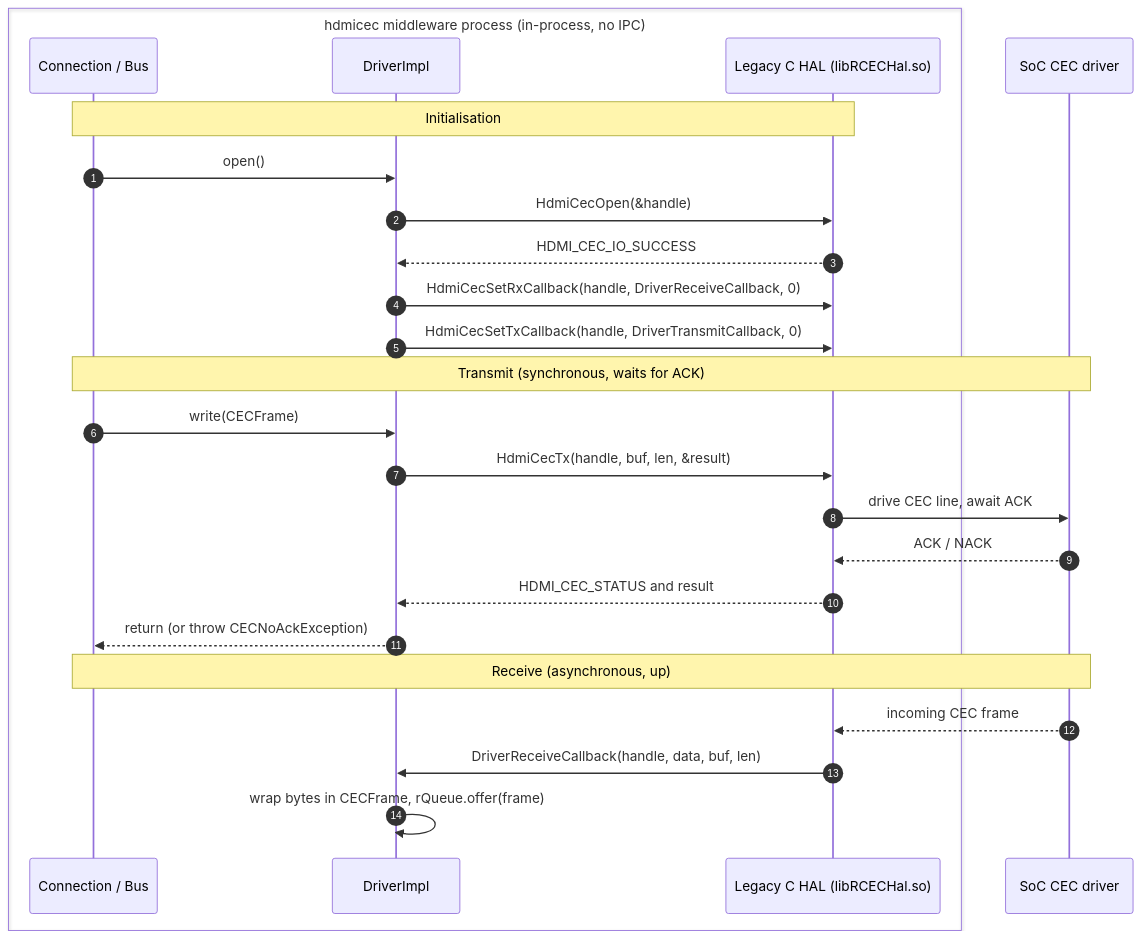
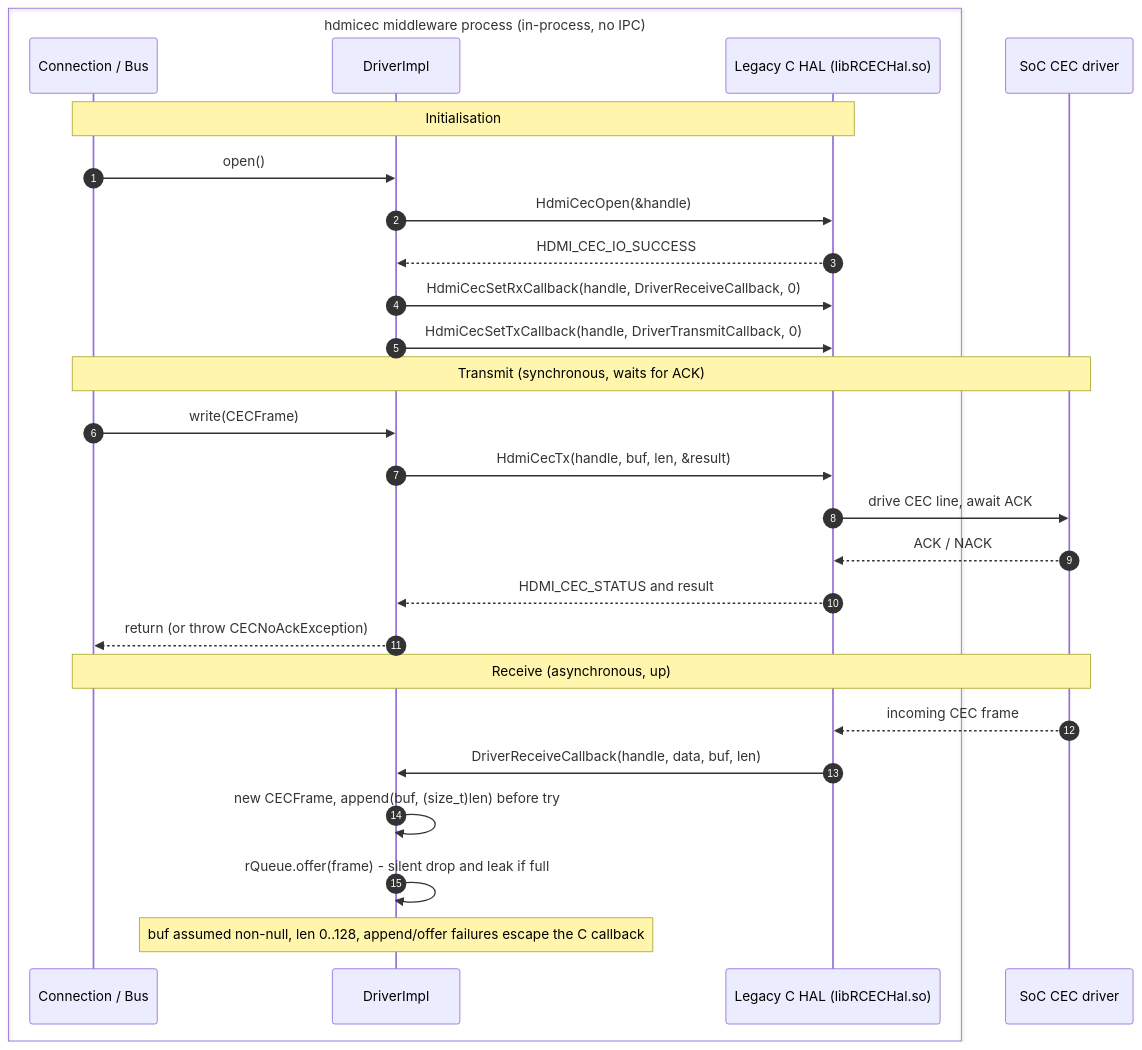
Before and after one commit to Blitzy-Sky/hdmicec: the first of 2 diagrams in docs/architecture/hal-interaction.md, drawn with Mermaid. The commit also changed other lines of this file and 16 other files, not shown here.

````diff
--- a/docs/architecture/hal-interaction.md
+++ b/docs/architecture/hal-interaction.md
@@ -95,30 +97,32 @@
 ```mermaid
 sequenceDiagram
     autonumber
     box transparent hdmicec middleware process (in-process, no IPC)
         participant BUS as Connection / Bus
         participant DI as DriverImpl
         participant HAL as Legacy C HAL (libRCECHal.so)
     end
     participant SOC as SoC CEC driver
 
     Note over BUS,HAL: Initialisation
     BUS->>DI: open()
     DI->>HAL: HdmiCecOpen(&handle)
     HAL-->>DI: HDMI_CEC_IO_SUCCESS
     DI->>HAL: HdmiCecSetRxCallback(handle, DriverReceiveCallback, 0)
     DI->>HAL: HdmiCecSetTxCallback(handle, DriverTransmitCallback, 0)
 
     Note over BUS,SOC: Transmit (synchronous, waits for ACK)
     BUS->>DI: write(CECFrame)
     DI->>HAL: HdmiCecTx(handle, buf, len, &result)
     HAL->>SOC: drive CEC line, await ACK
     SOC-->>HAL: ACK / NACK
     HAL-->>DI: HDMI_CEC_STATUS and result
     DI-->>BUS: return (or throw CECNoAckException)
 
     Note over SOC,BUS: Receive (asynchronous, up)
     SOC-->>HAL: incoming CEC frame
     HAL->>DI: DriverReceiveCallback(handle, data, buf, len)
-    DI->>DI: wrap bytes in CECFrame, rQueue.offer(frame)
+    DI->>DI: new CECFrame, append(buf, (size_t)len) before try
+    DI->>DI: rQueue.offer(frame) - silent drop and leak if full
+    Note over DI: buf assumed non-null, len 0..128, append/offer failures escape the C callback
 ```
````
